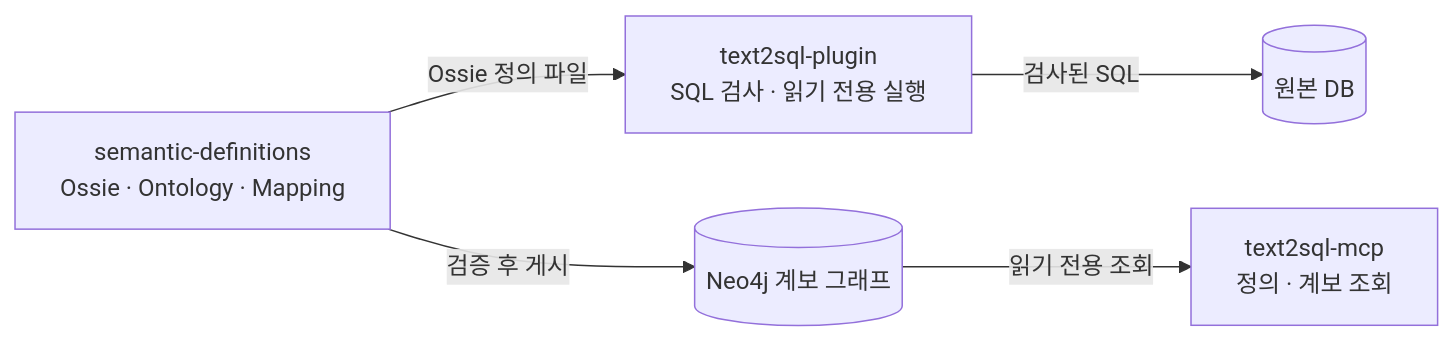
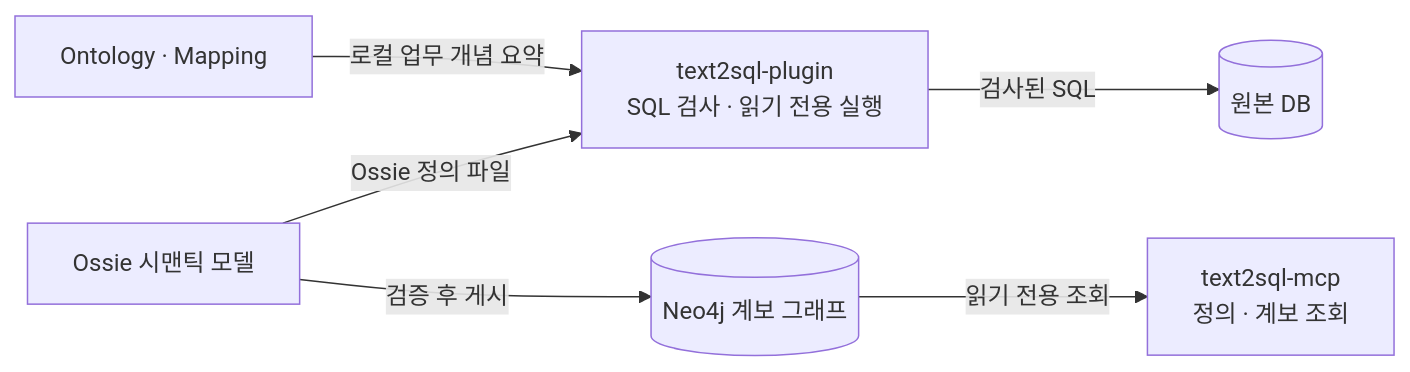
One commit to zisu17/text2sql changed the diagram in README.md. Above: the diagram before and after it, drawn with Mermaid. The commit also changed other lines of this file, not shown here.

Commit message:
docs: align graph feature guidance across components

````diff
--- a/README.md
+++ b/README.md
@@ -19,13 +19,15 @@
 ```mermaid
 flowchart LR
-    S[semantic-definitions<br/>Ossie · Ontology · Mapping]
+    O[Ossie 시맨틱 모델]
+    C[Ontology · Mapping]
     P[text2sql-plugin<br/>SQL 검사 · 읽기 전용 실행]
     DB[(원본 DB)]
     G[(Neo4j 계보 그래프)]
     M[text2sql-mcp<br/>정의 · 계보 조회]
 
-    S -->|Ossie 정의 파일| P
+    O -->|Ossie 정의 파일| P
+    C -->|로컬 업무 개념 요약| P
     P -->|검사된 SQL| DB
-    S -->|검증 후 게시| G
+    O -->|검증 후 게시| G
     G -->|읽기 전용 조회| M
 ```
````
